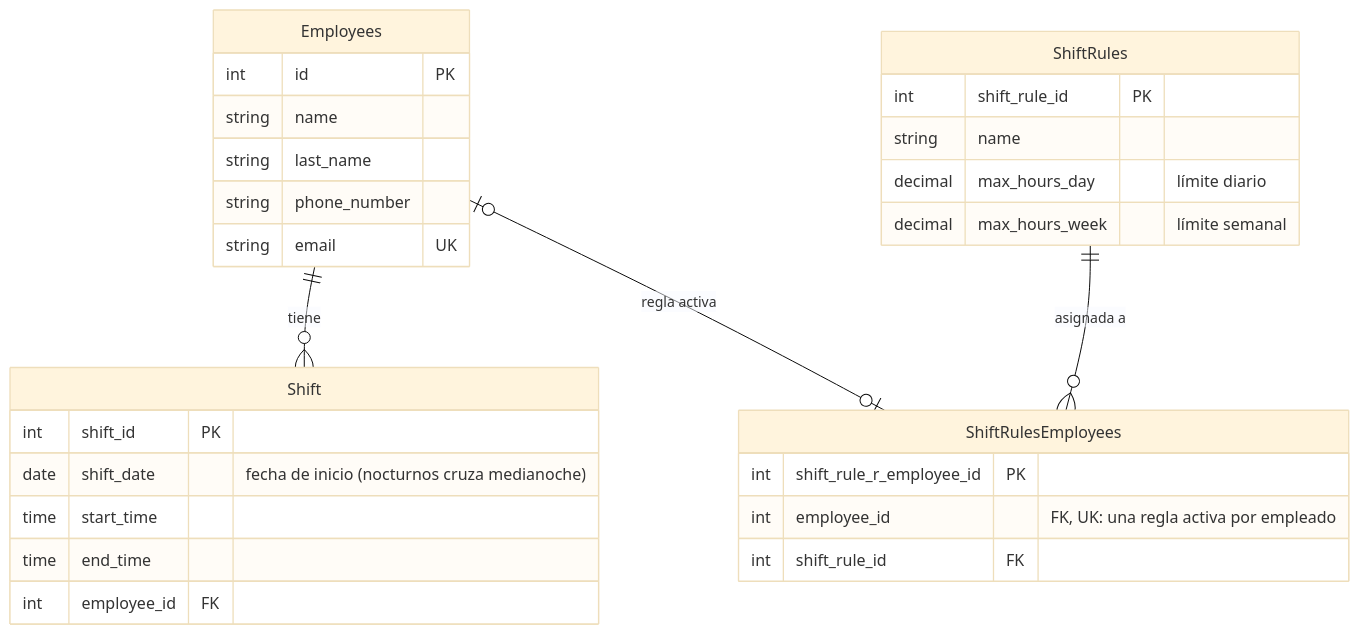
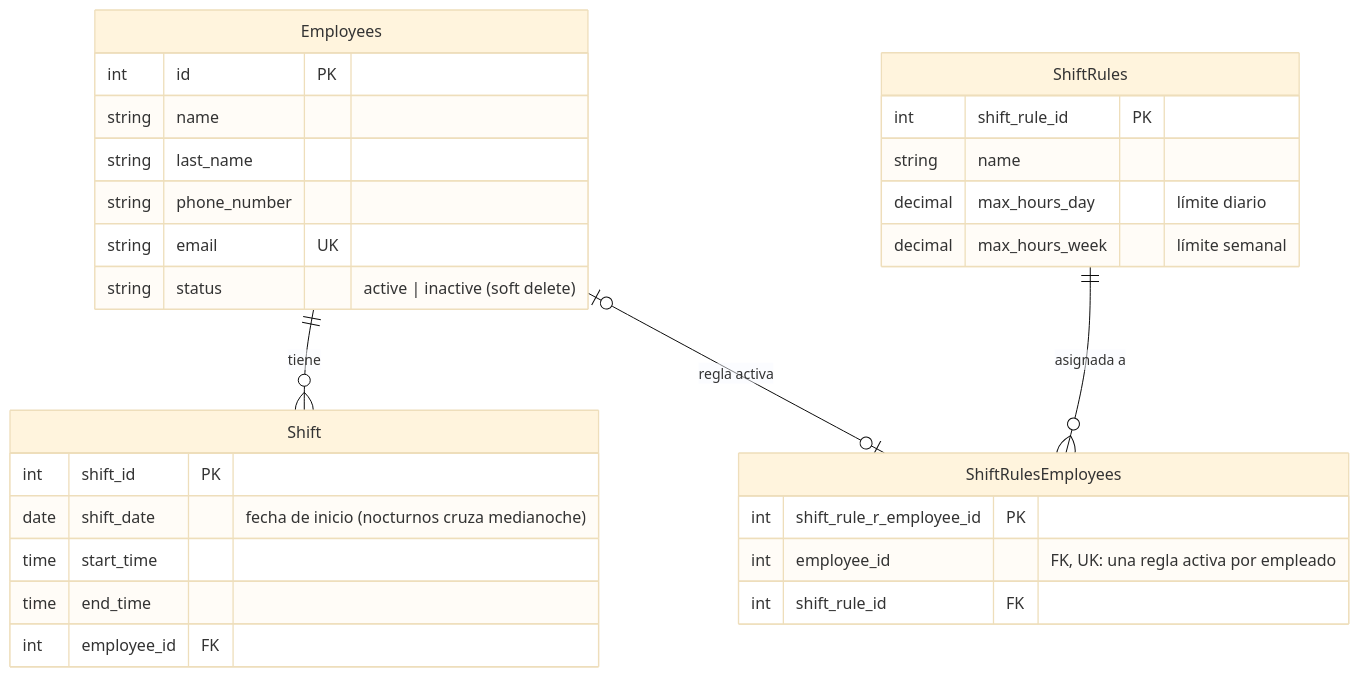
The first of 3 diagrams in docs/MODELO_DE_NEGOCIO.md (luphin/challenge-GoodRabbit), drawn with Mermaid (base theme) before and after one commit. The commit also changed other lines of this file and 13 other files, not shown here.

First line of the commit message:
feat: Configure inactive/active status for employees and new tests

````diff
--- a/docs/MODELO_DE_NEGOCIO.md
+++ b/docs/MODELO_DE_NEGOCIO.md
@@ -83,32 +98,33 @@
 ```mermaid
 erDiagram
     Employees ||--o{ Shift : "tiene"
     Employees |o--o| ShiftRulesEmployees : "regla activa"
     ShiftRules ||--o{ ShiftRulesEmployees : "asignada a"
 
     Employees {
         int id PK
         string name
         string last_name
         string phone_number
         string email UK
+        string status "active | inactive (soft delete)"
     }
     Shift {
         int shift_id PK
         date shift_date "fecha de inicio (nocturnos cruza medianoche)"
         time start_time
         time end_time
         int employee_id FK
     }
     ShiftRules {
         int shift_rule_id PK
         string name
         decimal max_hours_day "límite diario"
         decimal max_hours_week "límite semanal"
     }
     ShiftRulesEmployees {
         int shift_rule_r_employee_id PK
         int employee_id "FK, UK: una regla activa por empleado"
         int shift_rule_id FK
     }
 ```
````
